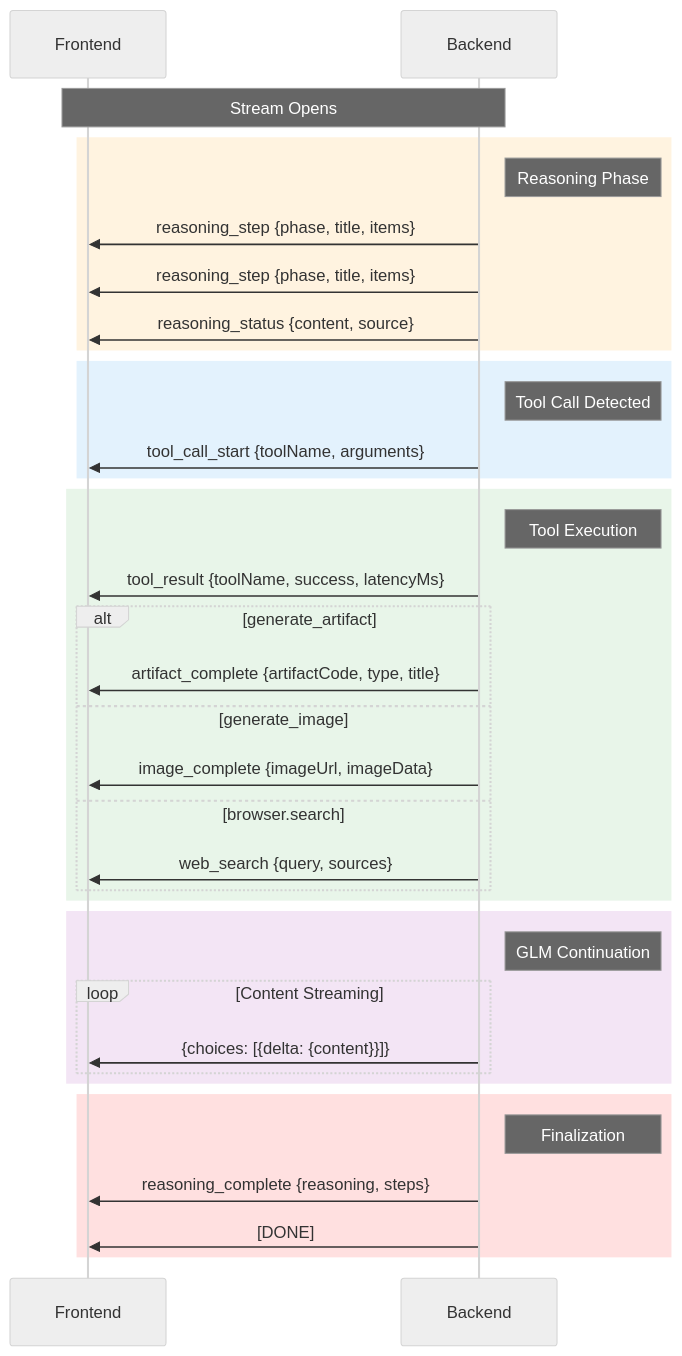
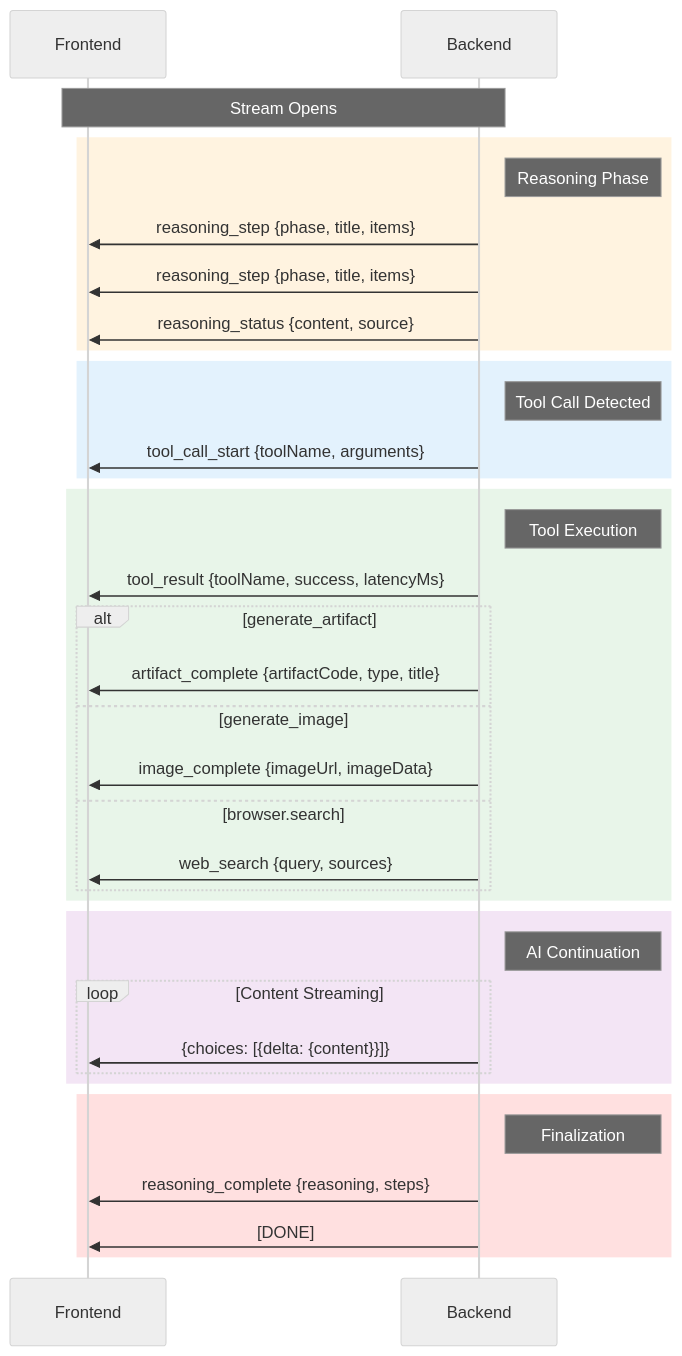
One commit to NickB03/vana changed the fifth of 10 diagrams in docs/UNIFIED_TOOL_ARCHITECTURE.md. Above: the diagram before and after it, drawn with Mermaid (neutral theme). The commit also changed other lines of this file and 44 other files, not shown here.

````diff
--- a/docs/UNIFIED_TOOL_ARCHITECTURE.md
+++ b/docs/UNIFIED_TOOL_ARCHITECTURE.md
@@ -311,45 +311,45 @@
 ```mermaid
 sequenceDiagram
     participant FE as Frontend
     participant BE as Backend
 
     Note over FE,BE: Stream Opens
 
     rect rgb(255, 243, 224)
         Note right of BE: Reasoning Phase
         BE->>FE: reasoning_step {phase, title, items}
         BE->>FE: reasoning_step {phase, title, items}
         BE->>FE: reasoning_status {content, source}
     end
 
     rect rgb(227, 242, 253)
         Note right of BE: Tool Call Detected
         BE->>FE: tool_call_start {toolName, arguments}
     end
 
     rect rgb(232, 245, 233)
         Note right of BE: Tool Execution
         BE->>FE: tool_result {toolName, success, latencyMs}
 
         alt generate_artifact
             BE->>FE: artifact_complete {artifactCode, type, title}
         else generate_image
             BE->>FE: image_complete {imageUrl, imageData}
         else browser.search
             BE->>FE: web_search {query, sources}
         end
     end
 
     rect rgb(243, 229, 245)
-        Note right of BE: GLM Continuation
+        Note right of BE: AI Continuation
         loop Content Streaming
             BE->>FE: {choices: [{delta: {content}}]}
         end
     end
 
     rect rgb(255, 224, 224)
         Note right of BE: Finalization
         BE->>FE: reasoning_complete {reasoning, steps}
         BE->>FE: [DONE]
     end
 ```
````
